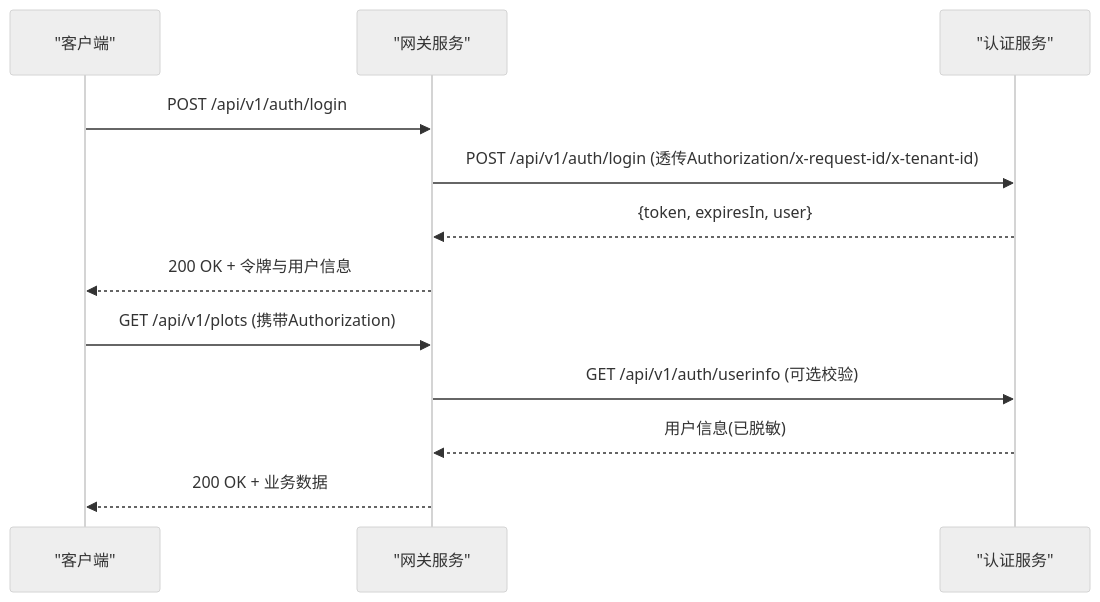
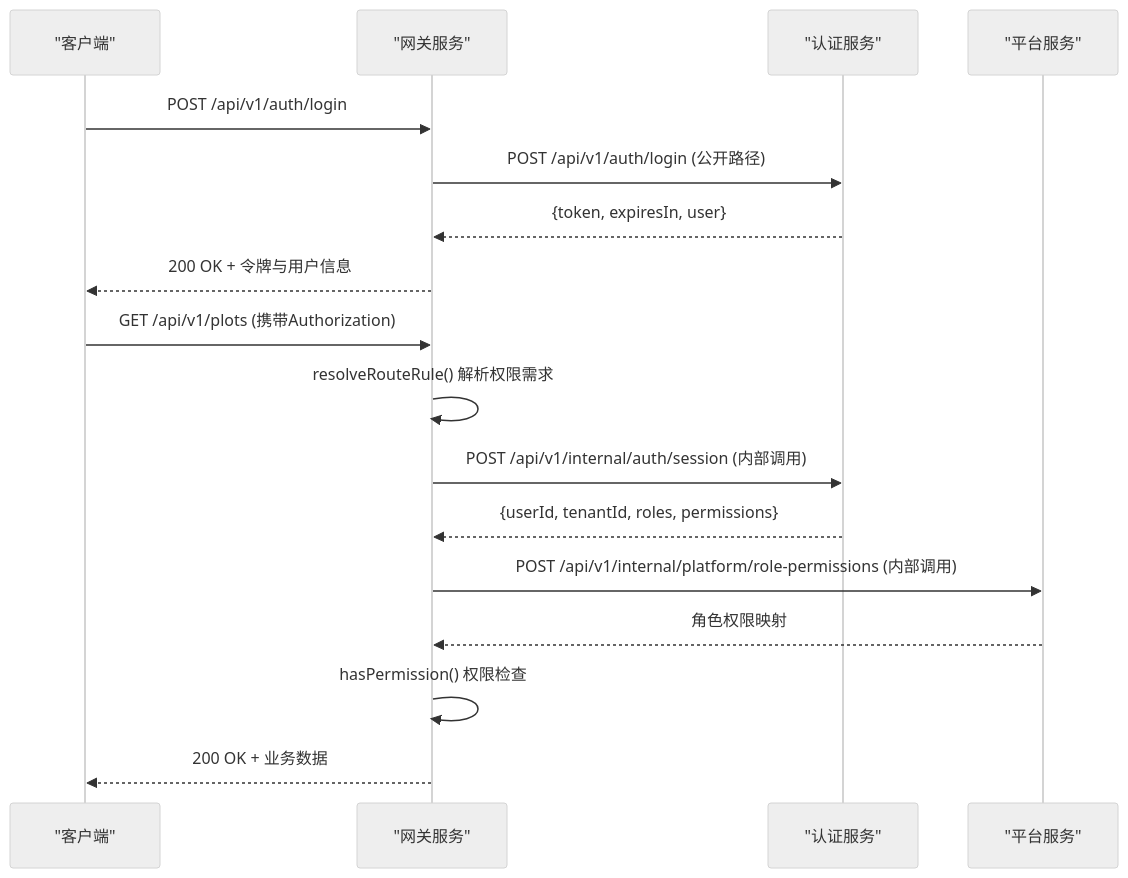
The second of 5 diagrams in .qoder/repowiki/zh/content/架构设计/安全架构.md (q446328246/agri-platform), drawn with Mermaid (neutral theme) before and after one commit. The commit also changed other lines of this file and 84 other files, not shown here.

````diff
--- a/.qoder/repowiki/zh/content/架构设计/安全架构.md
+++ b/.qoder/repowiki/zh/content/架构设计/安全架构.md
@@ -61,14 +78,19 @@
 ```mermaid
 sequenceDiagram
 participant C as "客户端"
 participant G as "网关服务"
 participant A as "认证服务"
+participant P as "平台服务"
 C->>G : POST /api/v1/auth/login
-G->>A : POST /api/v1/auth/login (透传Authorization/x-request-id/x-tenant-id)
+G->>A : POST /api/v1/auth/login (公开路径)
 A-->>G : {token, expiresIn, user}
 G-->>C : 200 OK + 令牌与用户信息
 C->>G : GET /api/v1/plots (携带Authorization)
-G->>A : GET /api/v1/auth/userinfo (可选校验)
-A-->>G : 用户信息(已脱敏)
+G->>G : resolveRouteRule() 解析权限需求
+G->>A : POST /api/v1/internal/auth/session (内部调用)
+A-->>G : {userId, tenantId, roles, permissions}
+G->>P : POST /api/v1/internal/platform/role-permissions (内部调用)
+P-->>G : 角色权限映射
+G->>G : hasPermission() 权限检查
 G-->>C : 200 OK + 业务数据
 ```
````
